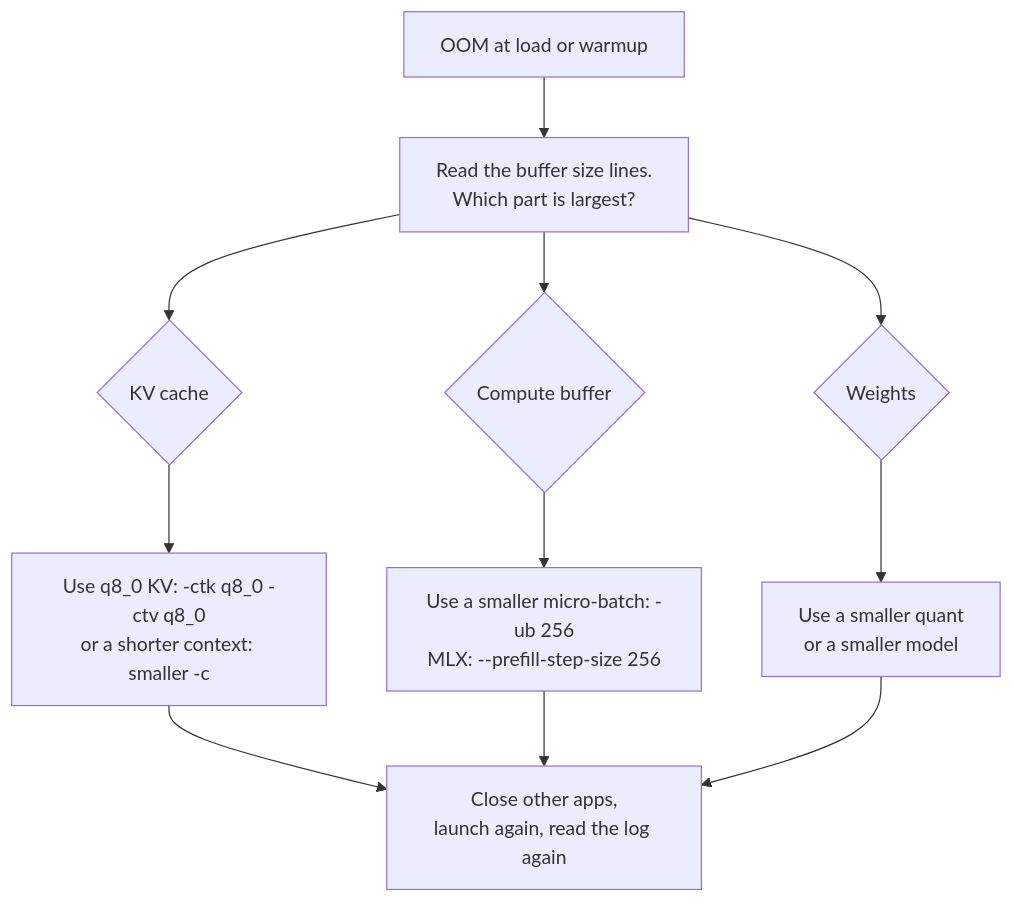
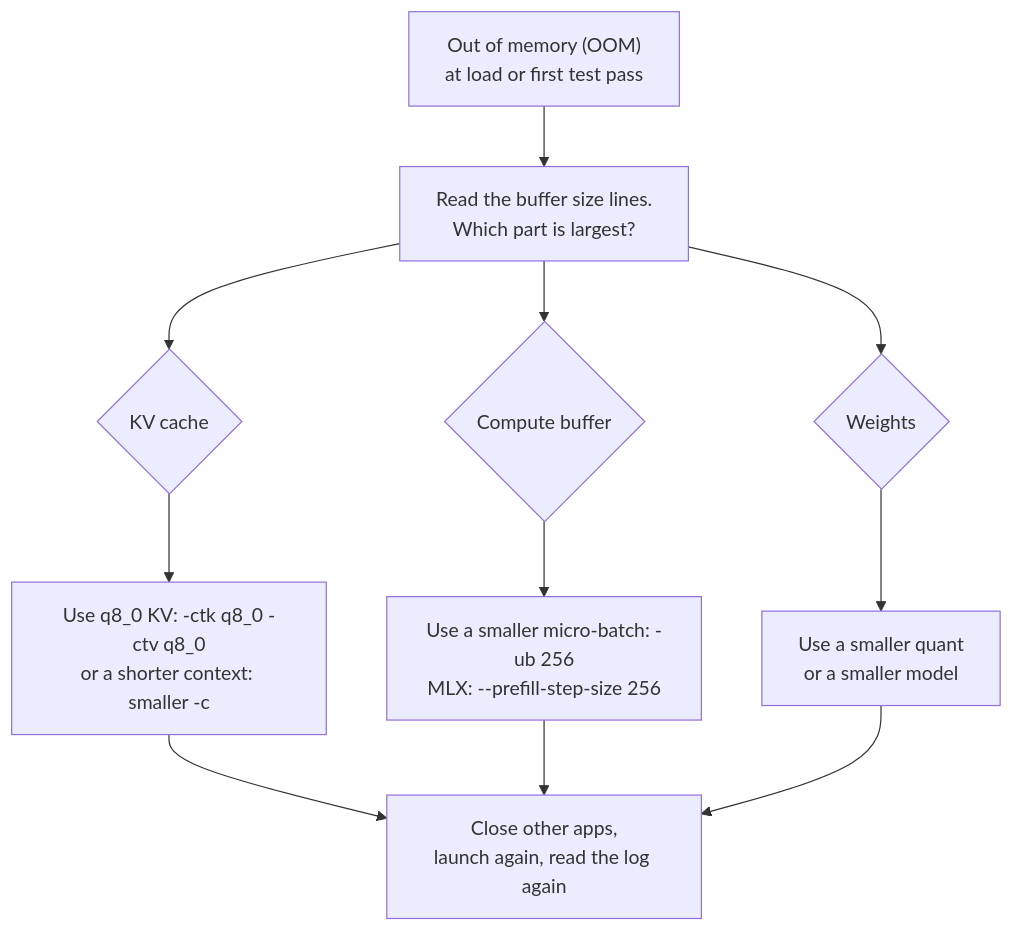
Before and after one commit to jellydn/tiny-local-ai: the diagram in docs/5-optimise.md, drawn with Mermaid. The commit also changed other lines of this file and 9 other files, not shown here.

````diff
--- a/docs/5-optimise.md
+++ b/docs/5-optimise.md
@@ -18,13 +18,13 @@
 ```mermaid
 flowchart TB
-    A["OOM at load or warmup"] --> B["Read the buffer size lines.<br/>Which part is largest?"]
+    A["Out of memory (OOM)<br/>at load or first test pass"] --> B["Read the buffer size lines.<br/>Which part is largest?"]
     B --> C{"KV cache"}
     B --> D{"Compute buffer"}
     B --> E{"Weights"}
     C --> C1["Use q8_0 KV: -ctk q8_0 -ctv q8_0<br/>or a shorter context: smaller -c"]
     D --> D1["Use a smaller micro-batch: -ub 256<br/>MLX: --prefill-step-size 256"]
     E --> E1["Use a smaller quant<br/>or a smaller model"]
     C1 --> F["Close other apps,<br/>launch again, read the log again"]
     D1 --> F
     E1 --> F
 ```
````
